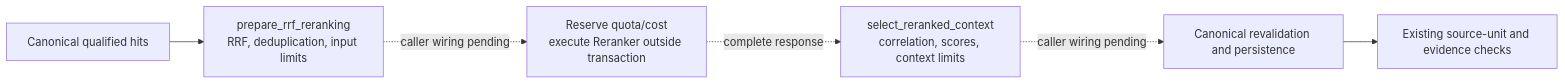
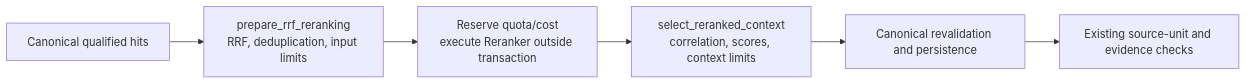
Before and after one commit to rnkraus/investment-research: the fifth of 5 diagrams in backend/src/investment_research/modules/search/README.md, drawn with Mermaid. The commit also changed other lines of this file and 2 other files, not shown here.

````diff
--- a/backend/src/investment_research/modules/search/README.md
+++ b/backend/src/investment_research/modules/search/README.md
@@ -233,8 +235,8 @@
 ```mermaid
 flowchart LR
     H[Canonical qualified hits] --> P[prepare_rrf_reranking<br/>RRF, deduplication, input limits]
-    P -. caller wiring pending .-> X[Reserve quota/cost<br/>execute Reranker outside transaction]
-    X -. complete response .-> S[select_reranked_context<br/>correlation, scores, context limits]
-    S -. caller wiring pending .-> C[Canonical revalidation and persistence]
+    P --> X[Reserve quota/cost<br/>execute Reranker outside transaction]
+    X --> S[select_reranked_context<br/>correlation, scores, context limits]
+    S --> C[Canonical revalidation and persistence]
     C --> E[Existing source-unit and evidence checks]
 ```
````
